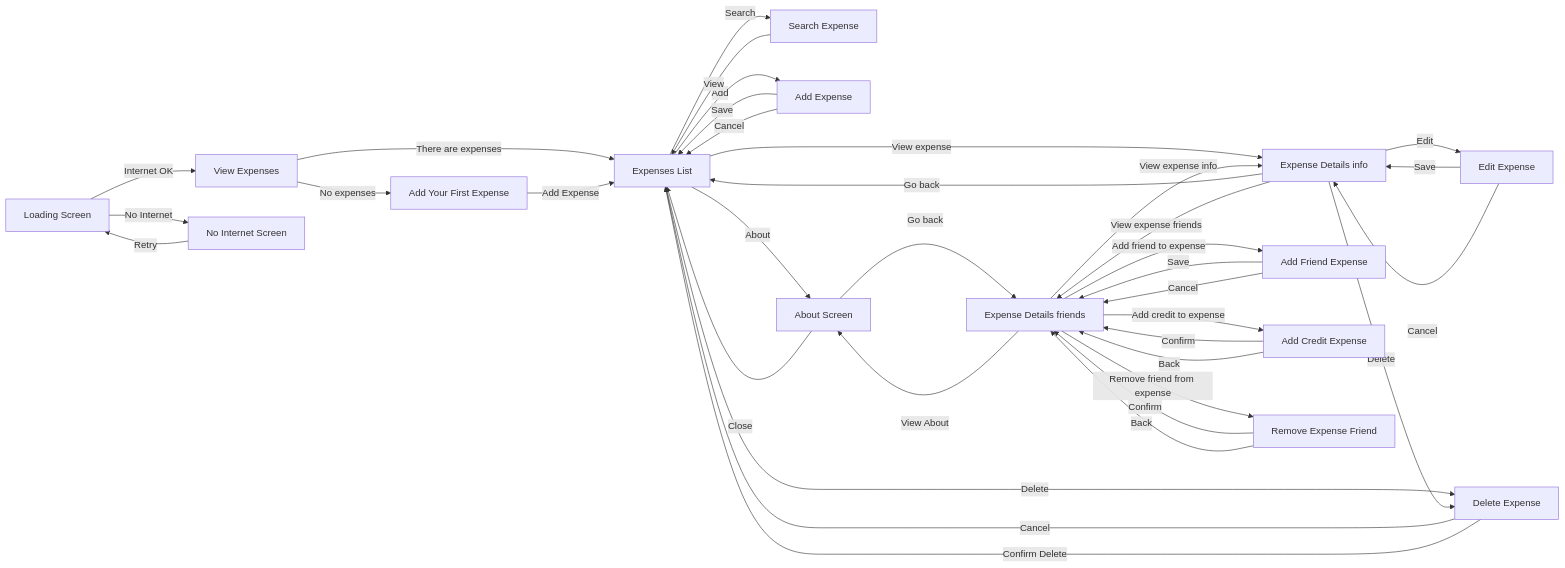
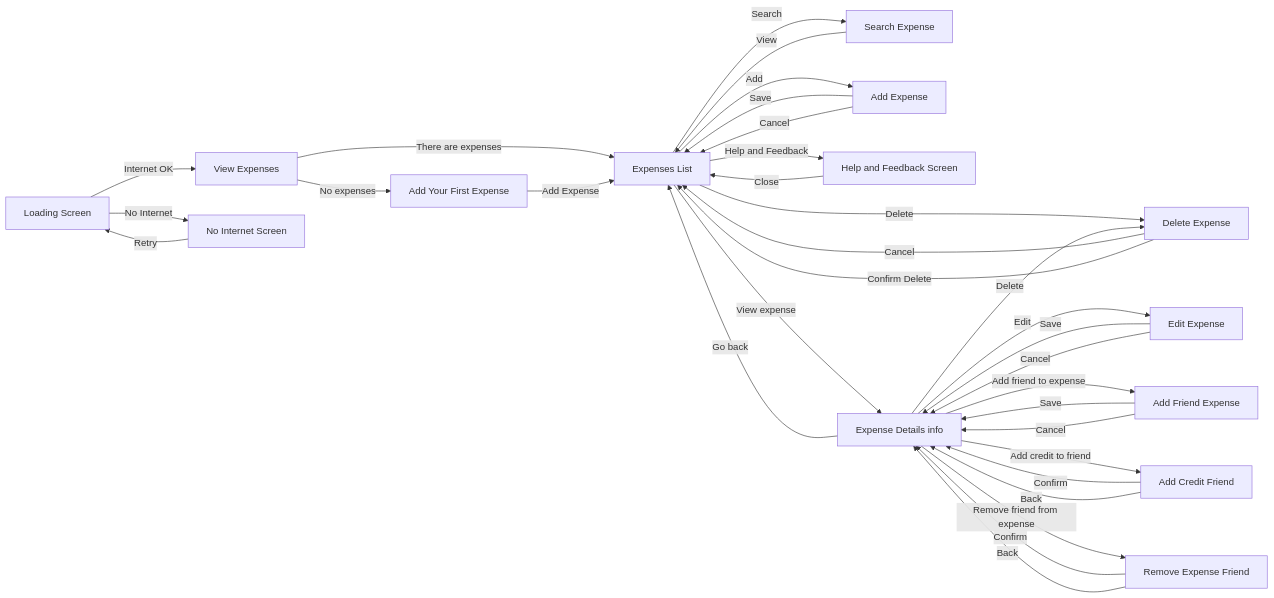
Before and after one commit to alexborrazasm/ipm: the first of 2 diagrams in docs/diseño-iu.md, drawn with Mermaid. The commit also changed other lines of this file and 12 other files, not shown here.

````diff
--- a/docs/diseño-iu.md
+++ b/docs/diseño-iu.md
@@ -39,55 +39,47 @@
 ```mermaid
 flowchart LR
-
     A[Loading Screen] -->|Internet OK| B[View Expenses]
     A -->|No Internet| C[No Internet Screen]
 
     B -->|There are expenses| D[Expenses List]
     B -->|No expenses| E[Add Your First Expense]
 
     D -->|Search| F[Search Expense]
     D -->|Add| G[Add Expense]
-    D -->|About| H[About Screen]
+    D -->|Help and Feedback| H[Help and Feedback Screen]
     D -->|View expense| I[Expense Details info]
     D -->|Delete| J[Delete Expense]
 
     I -->|Go back| D
     I -->|Delete| J
     I -->|Edit| L[Edit Expense]
-    I -->|View expense friends| K[Expense Details friends]
+    I -->|Add friend to expense| M[Add Friend Expense]
+    I -->|Add credit to friend| N[Add Credit Friend]
+    I -->|Remove friend from expense| O[Remove Expense Friend]
 
-    K -->|View expense info| I
-    K --> |View About| H
+    O --> |Confirm| I
+    O --> |Back| I
 
-    K -->|Add friend to expense| M[Add Friend Expense]
-    K -->|Add credit to expense| N[Add Credit Expense]
-    K -->|Remove friend from expense| O[Remove Expense Friend]
+    N -->|Confirm| I
+    N -->|Back| I
 
-    O --> |Confirm| K
-    O --> |Back| K
-
-    N -->|Confirm| K
-    N -->|Back| K
-
-    M --> |Save| K
-    M --> |Cancel| K
+    M --> |Save| I
+    M --> |Cancel| I
     
     L -->|Save| I
     L -->|Cancel| I
  
     J -->|Cancel| D
     J -->|Confirm Delete| D
 
     G -->|Save| D
     G -->|Cancel| D
 
     H -->|Close| D
-    H --> |Go back| K
 
     F -->|View| D
 
     E -->|Add Expense| D
 
     C -->|Retry| A
-
 ```
````
